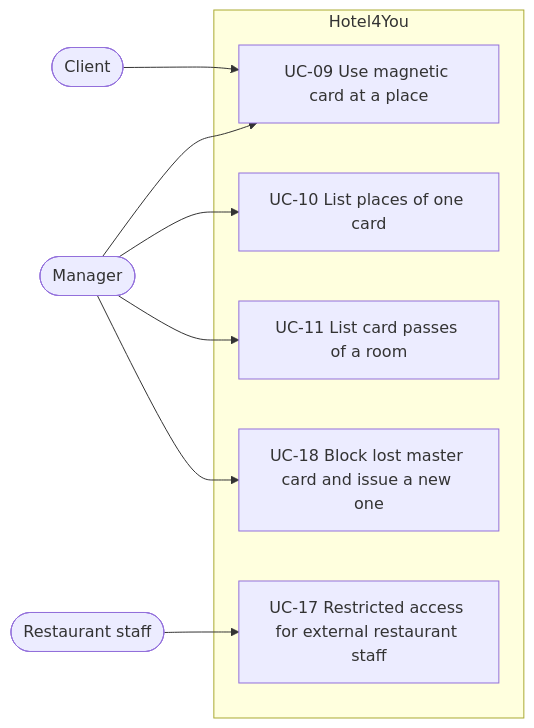
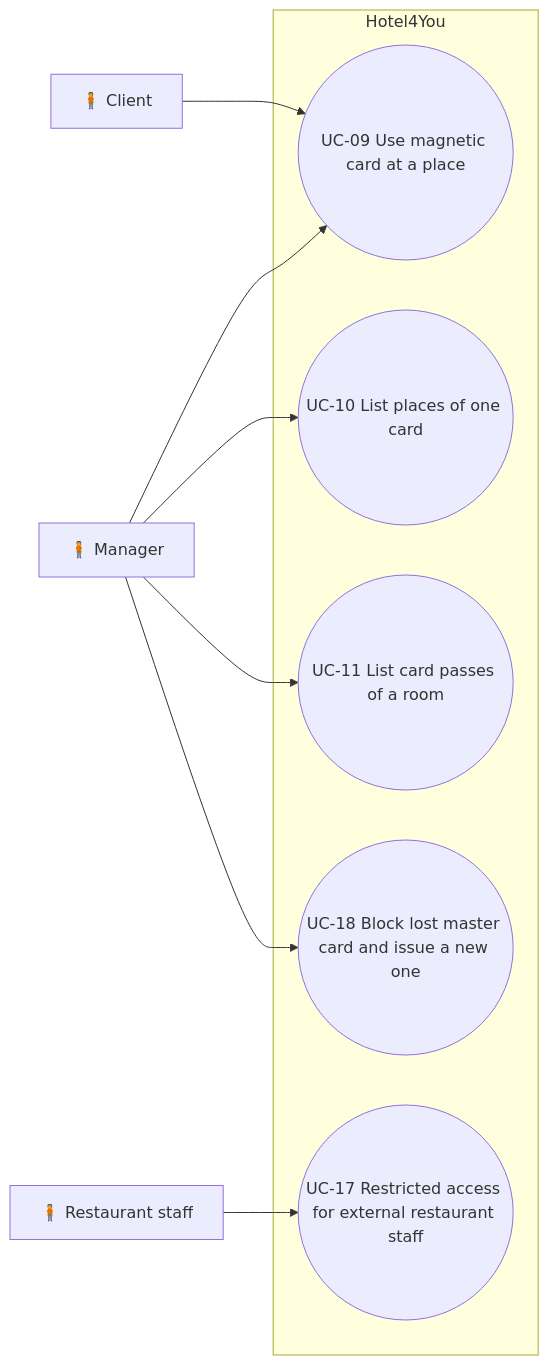
Before and after one commit to BorjaTiago/hotel4you: the second of 3 diagrams in docs/uml/use-cases.md, drawn with Mermaid. The commit also changed other lines of this file and 1 other file, not shown here.

````diff
--- a/docs/uml/use-cases.md
+++ b/docs/uml/use-cases.md
@@ -45,22 +45,22 @@
 ```mermaid
 flowchart LR
   %% Requirements: RF-01, RF-17, RF-18, RF-19, RF-20, RF-21, RF-23, RF-24, RF-25, RF-30.
-  Client([Client])
-  Manager([Manager])
-  RestaurantStaff([Restaurant staff])
+  Client["🧍 Client"]
+  Manager["🧍 Manager"]
+  RestaurantStaff["🧍 Restaurant staff"]
 
   subgraph Hotel4You[Hotel4You]
-    UC09[UC-09 Use magnetic card at a place]
-    UC10[UC-10 List places of one card]
-    UC11[UC-11 List card passes of a room]
-    UC17[UC-17 Restricted access for external restaurant staff]
-    UC18[UC-18 Block lost master card and issue a new one]
+    UC09(("UC-09 Use magnetic card at a place"))
+    UC10(("UC-10 List places of one card"))
+    UC11(("UC-11 List card passes of a room"))
+    UC17(("UC-17 Restricted access for external restaurant staff"))
+    UC18(("UC-18 Block lost master card and issue a new one"))
   end
 
   Client --> UC09
   Manager --> UC09
   Manager --> UC10
   Manager --> UC11
   RestaurantStaff --> UC17
   Manager --> UC18
 ```
````
